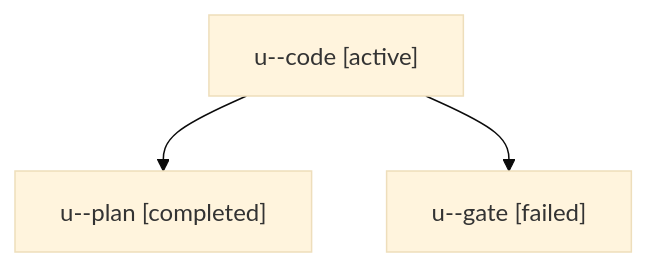
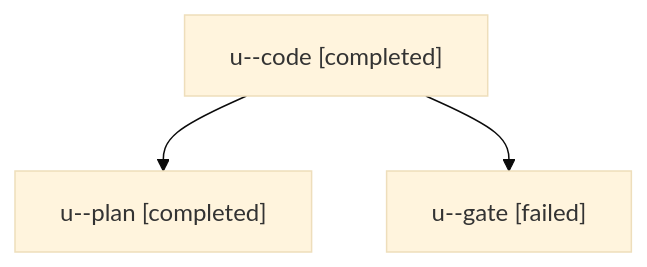
The diagram in sessions/bbugyi200.apollo.u.md (sase-org/sase--agents), drawn with Mermaid (base theme) before and after one commit. The commit also changed other lines of this file and 10 other files, not shown here.

````diff
--- a/sessions/bbugyi200.apollo.u.md
+++ b/sessions/bbugyi200.apollo.u.md
@@ -9,8 +9,8 @@
 ```mermaid
 flowchart TD
-  n0["u--code [active]"]
+  n0["u--code [completed]"]
   n1["u--plan [completed]"]
   n0 --> n1
   n2["u--gate [failed]"]
   n0 --> n2
 ```
````
